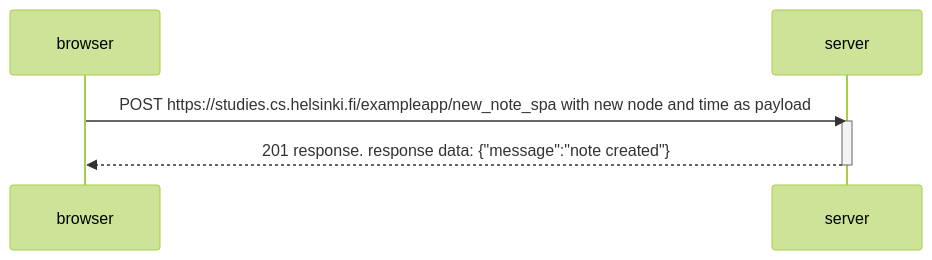
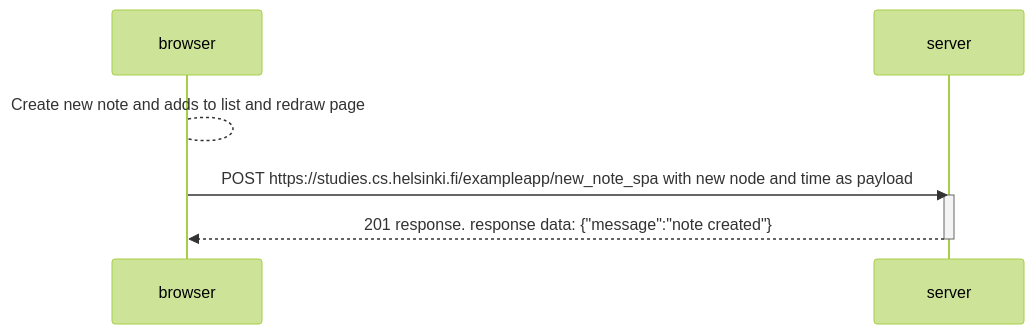
Before and after one commit to abhishek2175/fullstackopen: the diagram in part0/0_6_exercise.md, drawn with Mermaid (forest theme).

Commit message:
added few more things

````diff
--- a/part0/0_6_exercise.md
+++ b/part0/0_6_exercise.md
@@ -1,10 +1,11 @@
 ```mermaid
 sequenceDiagram
     participant browser
     participant server
 
+    browser-->browser: Create new note and adds to list and redraw page
     browser->>server: POST https://studies.cs.helsinki.fi/exampleapp/new_note_spa with new node and time as payload
     activate server
     server-->>browser: 201 response. response data: {"message":"note created"}
     deactivate server
 ```
````
